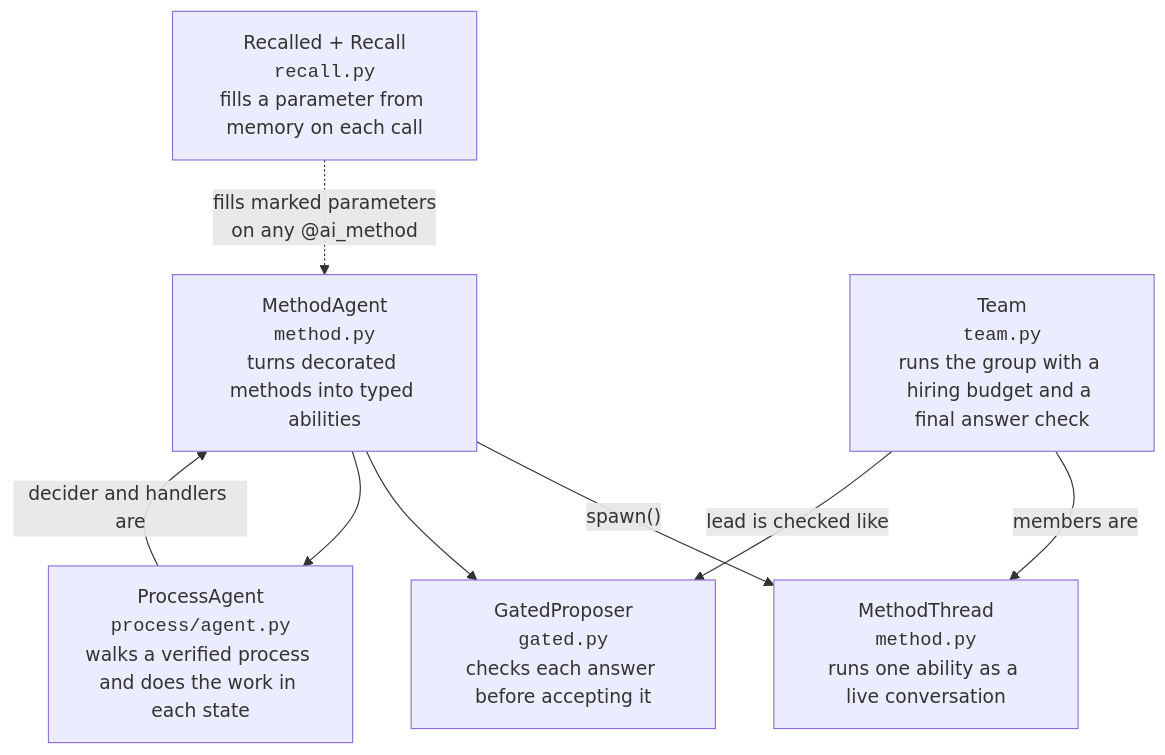
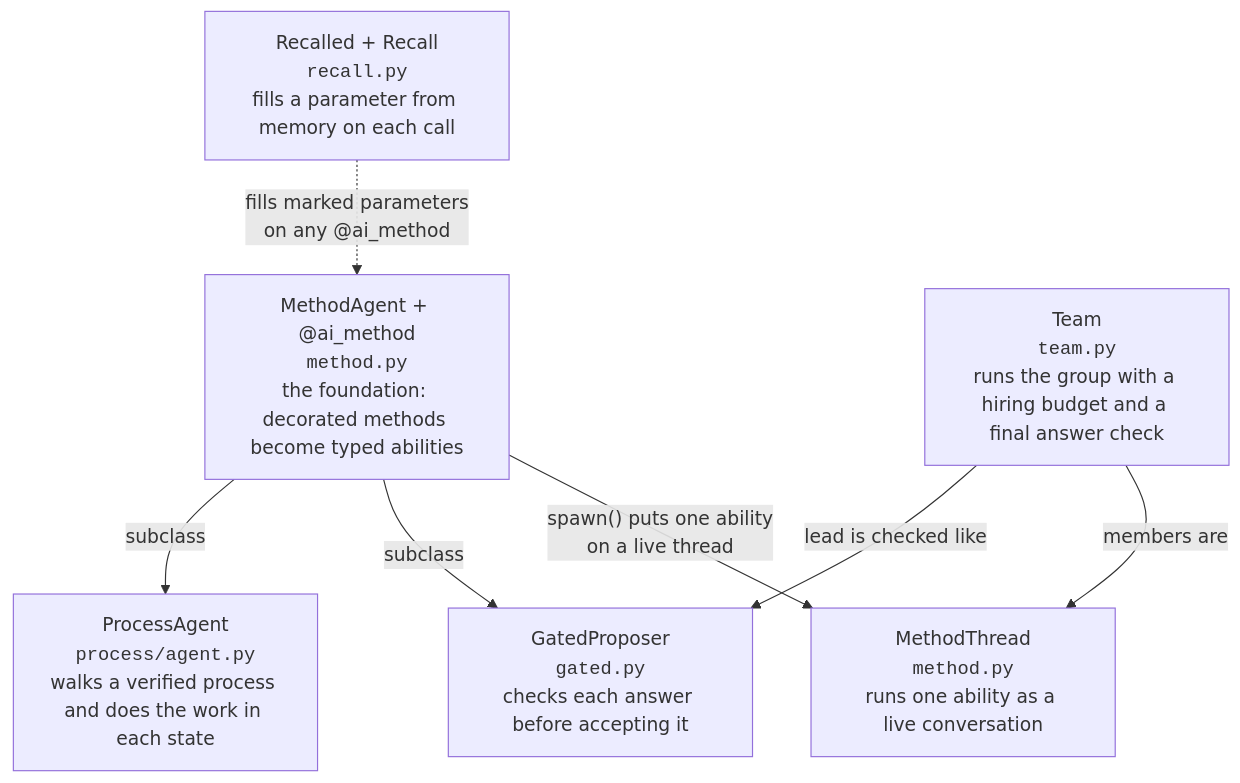
Before and after one commit to theagenticguy/pneuma: the first of 3 diagrams in README.md, drawn with Mermaid. The commit also changed other lines of this file and 1 other file, not shown here.

First line of the commit message:
Lead the README with MethodAgent; add live Bedrock kernel tests

````diff
--- a/README.md
+++ b/README.md
@@ -45,17 +74,16 @@
 ```mermaid
 graph TD
-    MA["MethodAgent<br/><code>method.py</code><br/>turns decorated methods into typed abilities"]
+    MA["MethodAgent + @ai_method<br/><code>method.py</code><br/>the foundation: decorated methods become typed abilities"]
     MT["MethodThread<br/><code>method.py</code><br/>runs one ability as a live conversation"]
     GP["GatedProposer<br/><code>gated.py</code><br/>checks each answer before accepting it"]
     RC["Recalled + Recall<br/><code>recall.py</code><br/>fills a parameter from memory on each call"]
     PA["ProcessAgent<br/><code>process/agent.py</code><br/>walks a verified process and does the work in each state"]
     TM["Team<br/><code>team.py</code><br/>runs the group with a hiring budget and a final answer check"]
 
-    MA -->|"spawn()"| MT
-    MA --> GP
-    MA --> PA
+    MA -->|"spawn() puts one ability<br/>on a live thread"| MT
+    MA -->|"subclass"| GP
+    MA -->|"subclass"| PA
     RC -.->|"fills marked parameters<br/>on any @ai_method"| MA
     TM -->|"members are"| MT
     TM -->|"lead is checked like"| GP
-    PA -->|"decider and handlers are"| MA
 ```
````
